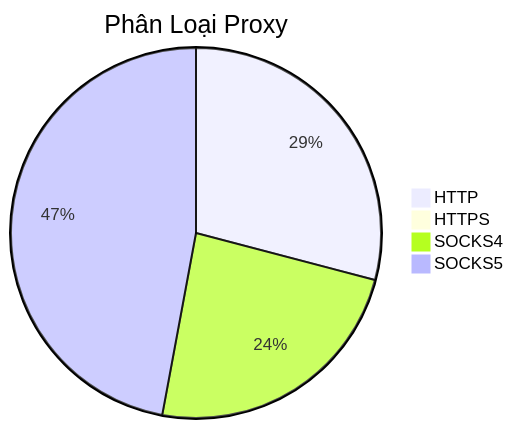
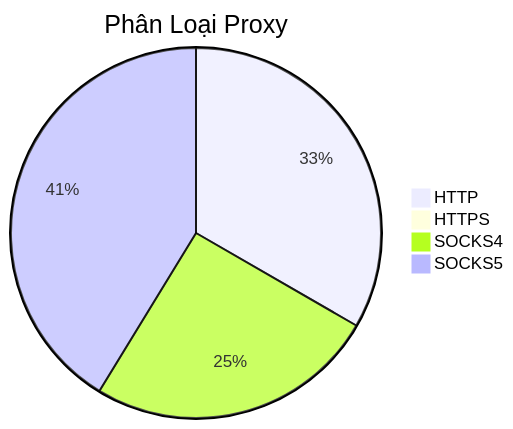
One commit to Ciara-Aa/PROXY-free changed the diagram in README.md. Above: the diagram before and after it, drawn with Mermaid. The commit also changed other lines of this file and 4 other files, not shown here.

````diff
--- a/README.md
+++ b/README.md
@@ -26,7 +26,7 @@
 ```mermaid
 pie title Phân Loại Proxy
-    "HTTP" : 254
-    "HTTPS" : 1
-    "SOCKS4" : 208
-    "SOCKS5" : 411
+    "HTTP" : 290
+    "HTTPS" : 0
+    "SOCKS4" : 221
+    "SOCKS5" : 359
 ```
````
